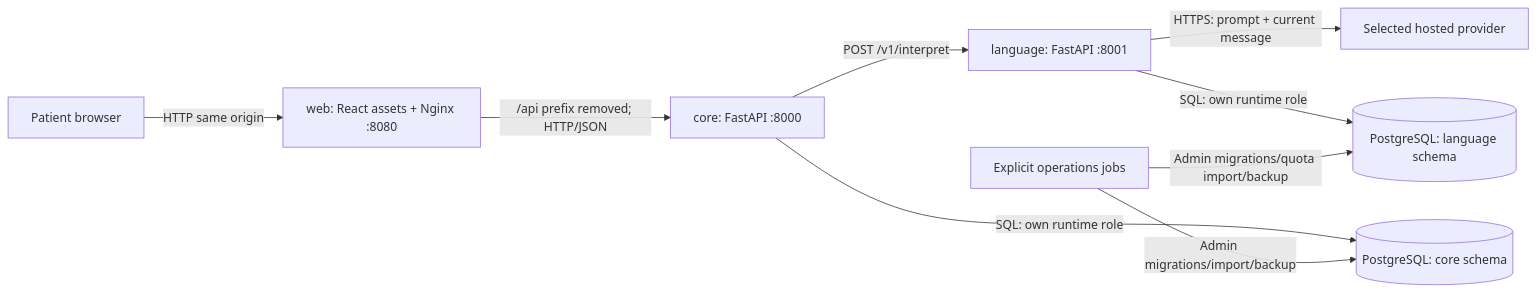
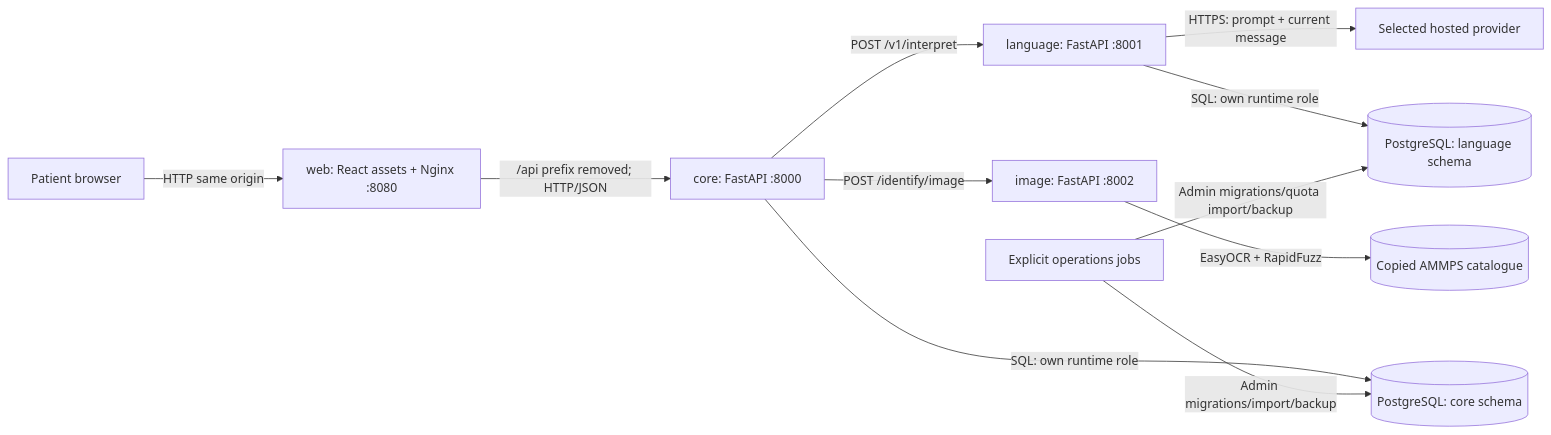
The first of 4 diagrams in PROJECT_CONTEXT.md (reda-alilou/pharmacy-assistant), drawn with Mermaid before and after one commit. The commit also changed other lines of this file and 46 other files, not shown here.

````diff
--- a/PROJECT_CONTEXT.md
+++ b/PROJECT_CONTEXT.md
@@ -79,11 +82,13 @@
 ```mermaid
 flowchart LR
     Patient[Patient browser] -->|HTTP same origin| Web[web: React assets + Nginx :8080]
     Web -->|/api prefix removed; HTTP/JSON| Core[core: FastAPI :8000]
     Core -->|POST /v1/interpret| Language[language: FastAPI :8001]
     Language -->|HTTPS: prompt + current message| Provider[Selected hosted provider]
+    Core -->|POST /identify/image| Image[image: FastAPI :8002]
+    Image -->|EasyOCR + RapidFuzz| ImageCatalog[(Copied AMMPS catalogue)]
     Core -->|SQL: own runtime role| CoreDB[(PostgreSQL: core schema)]
     Language -->|SQL: own runtime role| LanguageDB[(PostgreSQL: language schema)]
     Ops[Explicit operations jobs] -->|Admin migrations/import/backup| CoreDB
     Ops -->|Admin migrations/quota import/backup| LanguageDB
 ```
````
